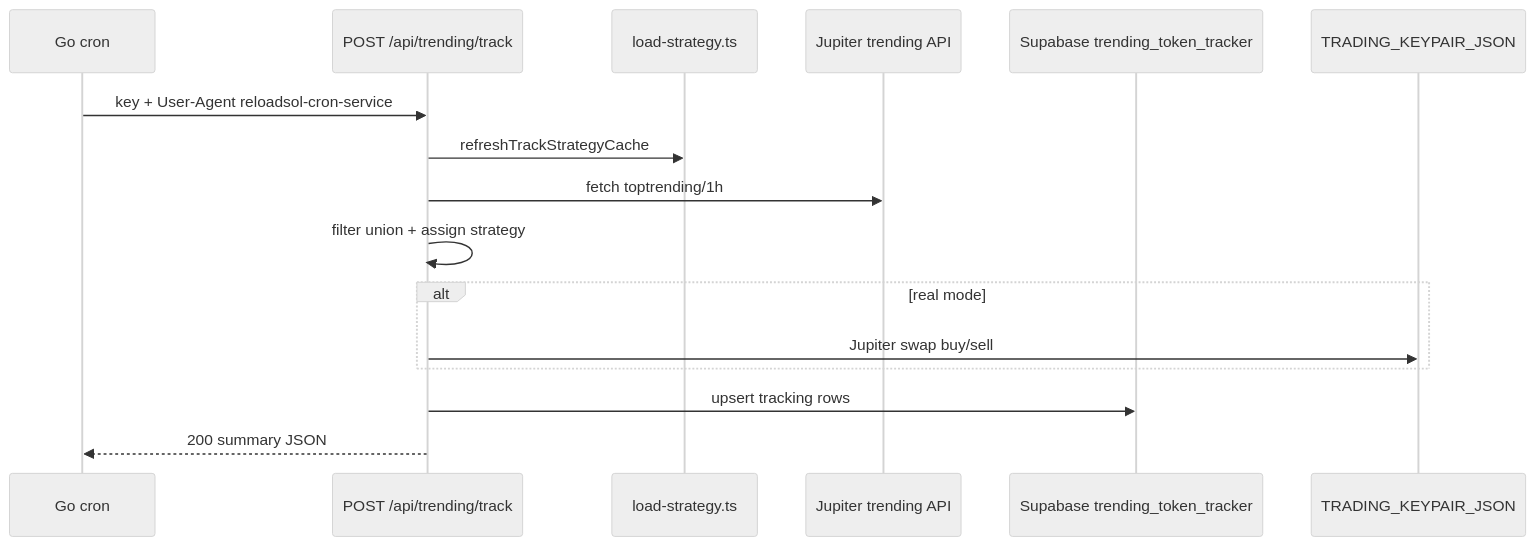
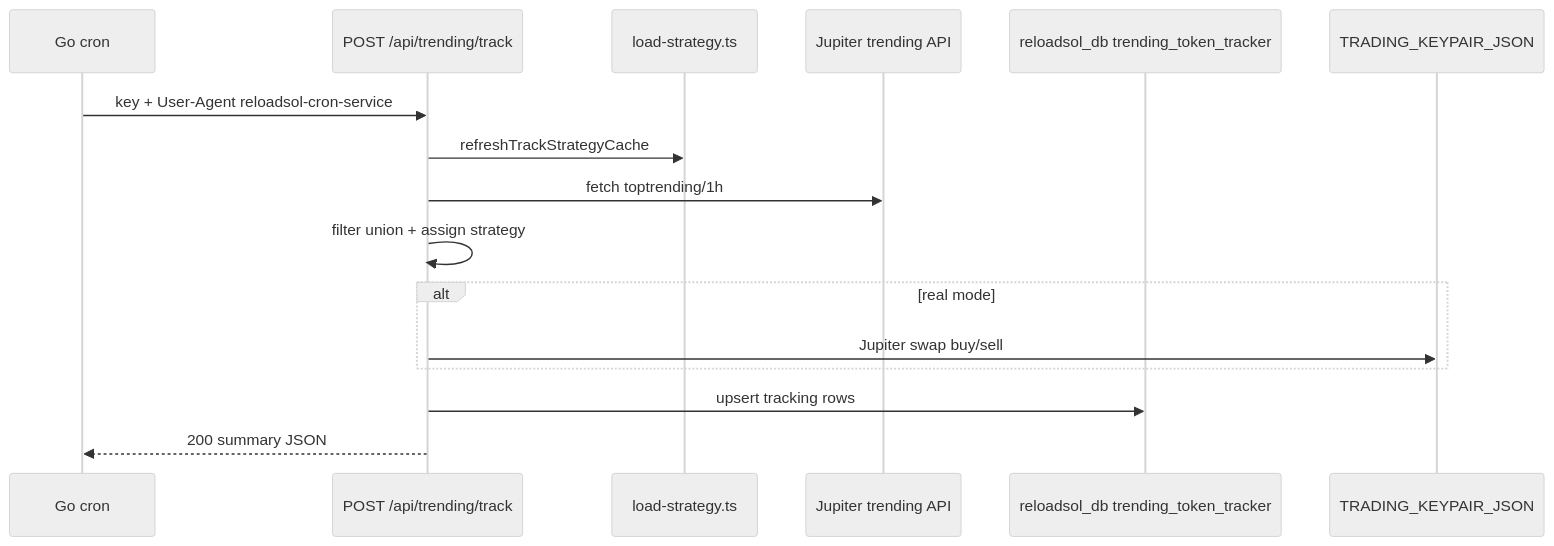
Before and after one commit to studentofcoding/reloadsol: the third of 3 diagrams in docs/architecture.md, drawn with Mermaid (neutral theme). The commit also changed other lines of this file and 24 other files, not shown here.

````diff
--- a/docs/architecture.md
+++ b/docs/architecture.md
@@ -160,19 +166,19 @@
 ```mermaid
 sequenceDiagram
   participant Cron as Go cron
   participant Track as POST /api/trending/track
   participant Strat as load-strategy.ts
   participant Jup as Jupiter trending API
-  participant DB as Supabase trending_token_tracker
+  participant DB as reloadsol_db trending_token_tracker
   participant Wallet as TRADING_KEYPAIR_JSON
 
   Cron->>Track: key + User-Agent reloadsol-cron-service
   Track->>Strat: refreshTrackStrategyCache
   Track->>Jup: fetch toptrending/1h
   Track->>Track: filter union + assign strategy
   alt real mode
     Track->>Wallet: Jupiter swap buy/sell
   end
   Track->>DB: upsert tracking rows
   Track-->>Cron: 200 summary JSON
 ```
````
